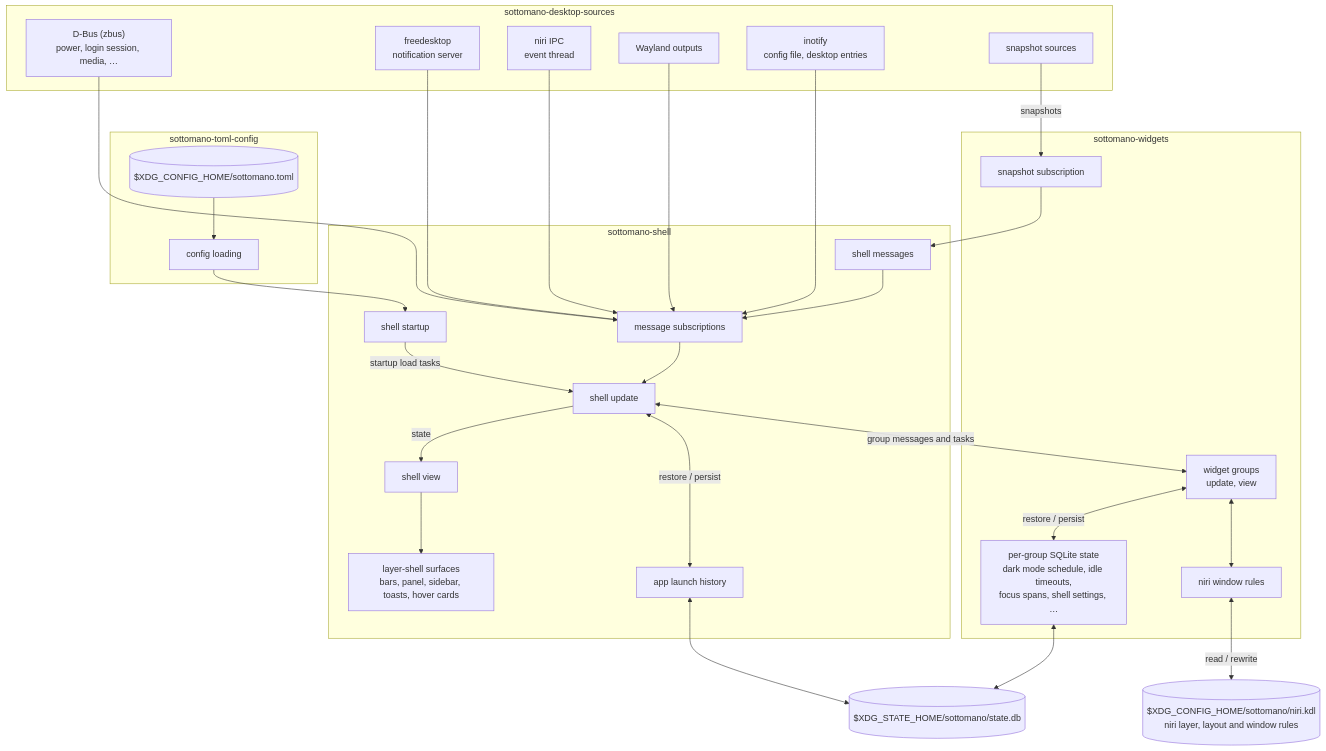
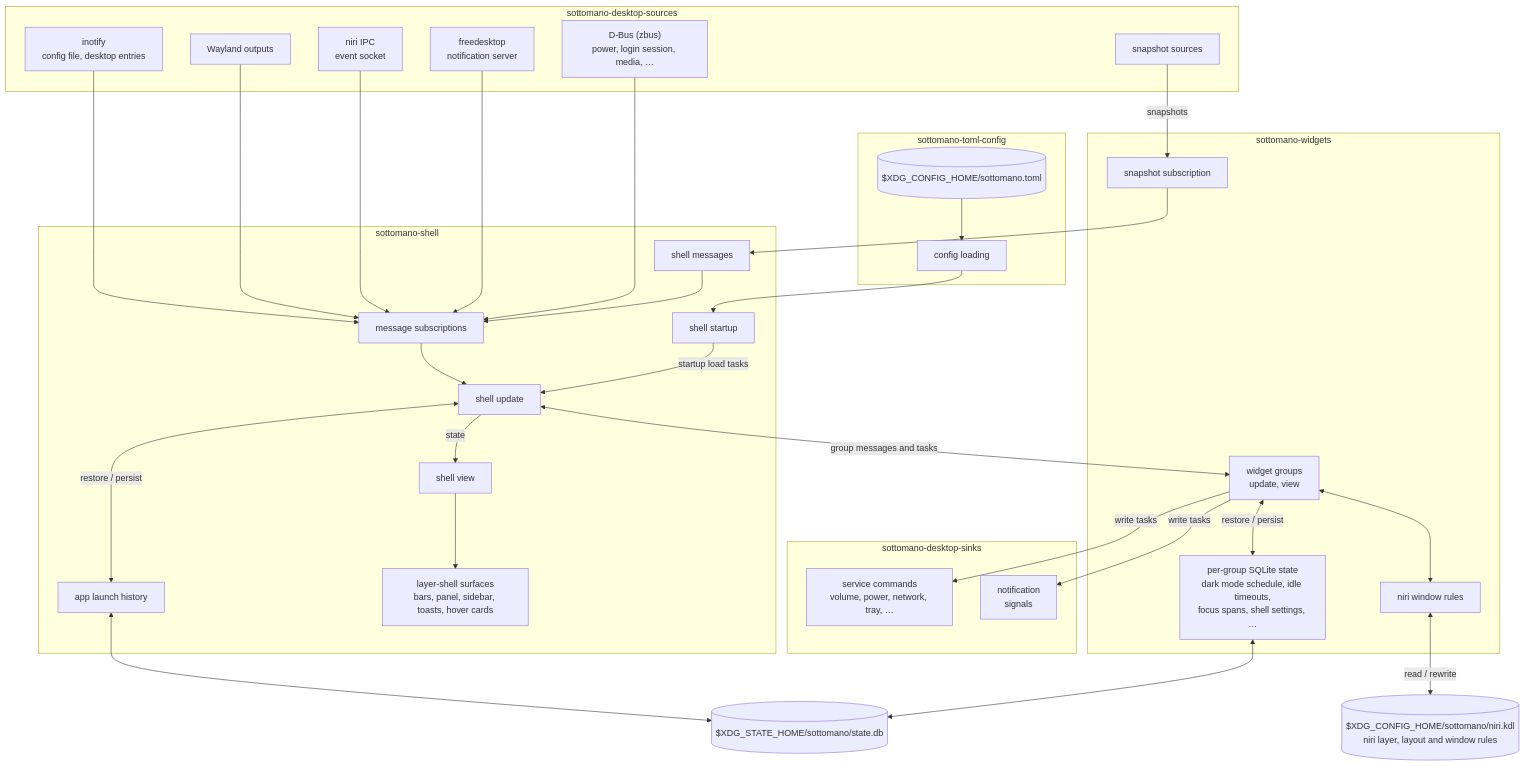
The first of 3 diagrams in docs/development.md (wvhulle/sottomano), drawn with Mermaid before and after one commit. The commit also changed other lines of this file and 101 other files, not shown here.

First line of the commit message:
refactor: split writes into a sottomano-desktop-sinks crate

````diff
--- a/docs/development.md
+++ b/docs/development.md
@@ -31,53 +33,59 @@
 ```mermaid
 flowchart TB
   subgraph sources_crate [sottomano-desktop-sources]
     desktop_bus["D-Bus (zbus)<br>power, login session, media, …"]
     notification_server["freedesktop<br>notification server"]
-    niri_event_thread["niri IPC<br>event thread"]
+    niri_event_socket["niri IPC<br>event socket"]
     wayland_outputs["Wayland outputs"]
     file_watches["inotify<br>config file, desktop entries"]
     snapshot_sources["snapshot sources"]
+  end
+
+  subgraph sinks_crate [sottomano-desktop-sinks]
+    service_commands["service commands<br>volume, power, network, tray, …"]
+    notification_signals["notification<br>signals"]
   end
 
   subgraph config_crate [sottomano-toml-config]
     config_file[("$XDG_CONFIG_HOME/sottomano.toml")]
     config_loading["config loading"]
     config_file --> config_loading
   end
 
   subgraph widgets_crate [sottomano-widgets]
     snapshot_subscription["snapshot subscription"]
     widget_groups["widget groups<br>update, view"]
     group_stores["per-group SQLite state<br>dark mode schedule, idle timeouts,<br>focus spans, shell settings, …"]
     niri_kdl_rules["niri window rules"]
     widget_groups <-->|restore / persist| group_stores
     widget_groups <--> niri_kdl_rules
   end
 
   subgraph shell_crate [sottomano-shell]
     shell_startup["shell startup"]
     shell_message["shell messages"]
     message_subscriptions["message subscriptions"]
     shell_update["shell update"]
     shell_view["shell view"]
     app_launch_store["app launch history"]
     layer_surfaces["layer-shell surfaces<br>bars, panel, sidebar, toasts, hover cards"]
     shell_startup -->|startup load tasks| shell_update
     shell_message --> message_subscriptions
     message_subscriptions --> shell_update
     shell_update -->|state| shell_view
     shell_view --> layer_surfaces
     shell_update <-->|restore / persist| app_launch_store
   end
 
   state_database[("$XDG_STATE_HOME/sottomano/state.db")]
   niri_kdl_file[("$XDG_CONFIG_HOME/sottomano/niri.kdl<br>niri layer, layout and window rules")]
 
   config_loading --> shell_startup
-  desktop_bus & notification_server & niri_event_thread & wayland_outputs & file_watches --> message_subscriptions
+  desktop_bus & notification_server & niri_event_socket & wayland_outputs & file_watches --> message_subscriptions
   snapshot_sources -->|snapshots| snapshot_subscription
   snapshot_subscription --> shell_message
   shell_update <-->|group messages and tasks| widget_groups
+  widget_groups -->|write tasks| service_commands & notification_signals
   group_stores & app_launch_store <--> state_database
   niri_kdl_rules <-->|read / rewrite| niri_kdl_file
 ```
````
